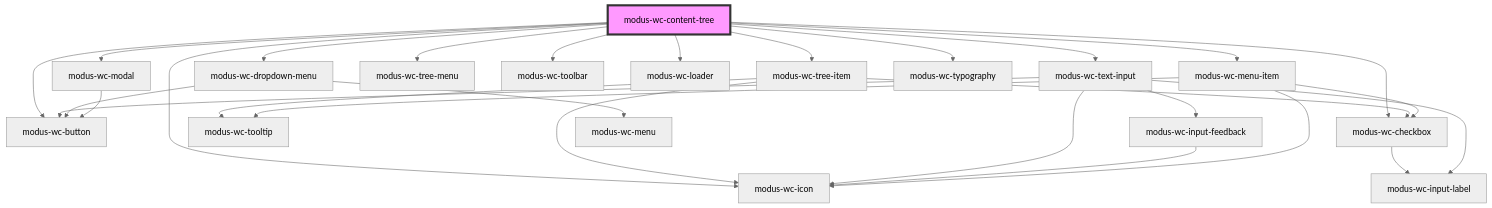
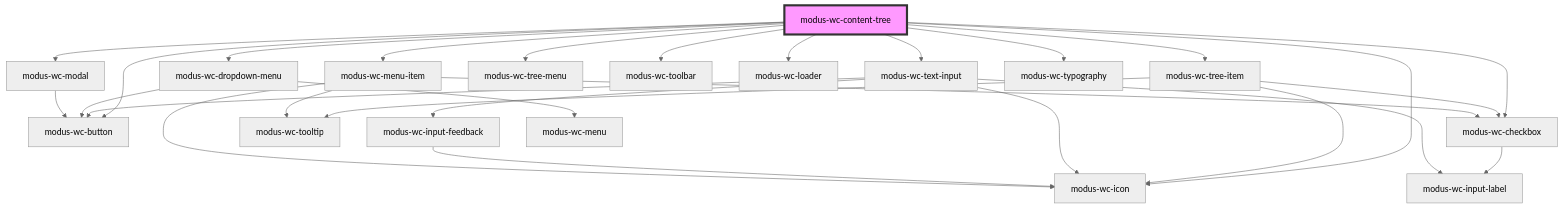
One commit to trimble-oss/modus-wc-2.0 changed the diagram in src/components/modus-wc-content-tree/readme.md. Above: the diagram before and after it, drawn with Mermaid (neutral theme). The commit also changed other lines of this file and 15 other files, not shown here.

Commit message:
Text input and textarea: character count and textarea auto-resize (#1654)

````diff
--- a/src/components/modus-wc-content-tree/readme.md
+++ b/src/components/modus-wc-content-tree/readme.md
@@ -73,31 +73,31 @@
 ```mermaid
 graph TD;
   modus-wc-content-tree --> modus-wc-tree-item
   modus-wc-content-tree --> modus-wc-button
   modus-wc-content-tree --> modus-wc-icon
   modus-wc-content-tree --> modus-wc-checkbox
   modus-wc-content-tree --> modus-wc-text-input
   modus-wc-content-tree --> modus-wc-dropdown-menu
   modus-wc-content-tree --> modus-wc-menu-item
   modus-wc-content-tree --> modus-wc-tree-menu
   modus-wc-content-tree --> modus-wc-toolbar
   modus-wc-content-tree --> modus-wc-loader
   modus-wc-content-tree --> modus-wc-modal
   modus-wc-content-tree --> modus-wc-typography
   modus-wc-tree-item --> modus-wc-checkbox
   modus-wc-tree-item --> modus-wc-tooltip
   modus-wc-tree-item --> modus-wc-icon
   modus-wc-checkbox --> modus-wc-input-label
+  modus-wc-text-input --> modus-wc-input-feedback
   modus-wc-text-input --> modus-wc-input-label
   modus-wc-text-input --> modus-wc-icon
   modus-wc-text-input --> modus-wc-button
-  modus-wc-text-input --> modus-wc-input-feedback
   modus-wc-input-feedback --> modus-wc-icon
   modus-wc-dropdown-menu --> modus-wc-button
   modus-wc-dropdown-menu --> modus-wc-menu
   modus-wc-menu-item --> modus-wc-checkbox
   modus-wc-menu-item --> modus-wc-tooltip
   modus-wc-menu-item --> modus-wc-icon
   modus-wc-modal --> modus-wc-button
   style modus-wc-content-tree fill:#f9f,stroke:#333,stroke-width:4px
 ```
````
